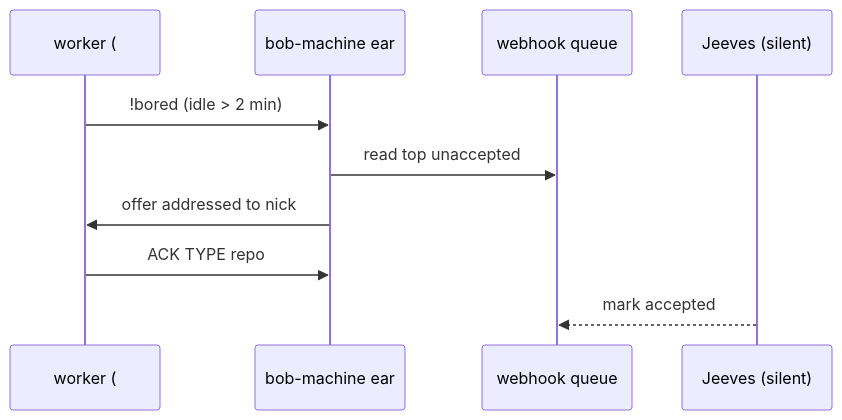
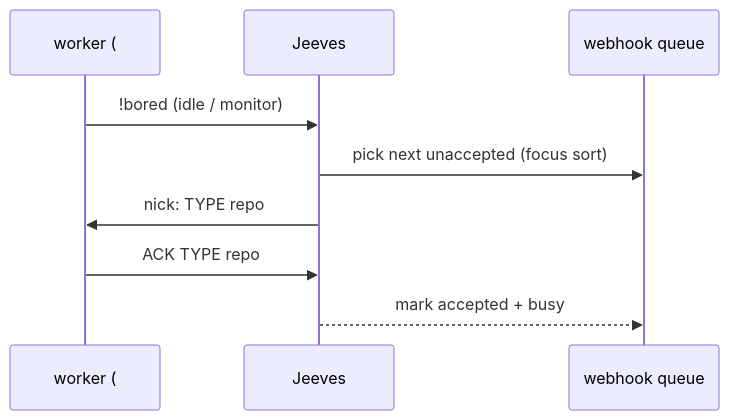
The fifth of 11 diagrams in docs/brief/JEEVES_BRIEF.md (SimonBarnett/gh-Jeeves), drawn with Mermaid before and after one commit. The commit also changed other lines of this file and 6 other files, not shown here.

First line of the commit message:
docs(#146): align brief/spec with FR #106 Jeeves assign-on-!bored

````diff
--- a/docs/brief/JEEVES_BRIEF.md
+++ b/docs/brief/JEEVES_BRIEF.md
@@ -256,12 +257,11 @@
 ```mermaid
 sequenceDiagram
   participant W as worker (#machine)
-  participant E as bob-machine ear
+  participant J as Jeeves
   participant Q as webhook queue
-  participant J as Jeeves (silent)
-  W->>E: !bored (idle > 2 min)
-  E->>Q: read top unaccepted
-  E->>W: offer addressed to nick
-  W->>E: ACK TYPE repo#n
-  J-->>Q: mark accepted
+  W->>J: !bored (idle / monitor)
+  J->>Q: pick next unaccepted (focus sort)
+  J->>W: nick: TYPE repo#n url
+  W->>J: ACK TYPE repo#n
+  J-->>Q: mark accepted + busy
 ```
````
